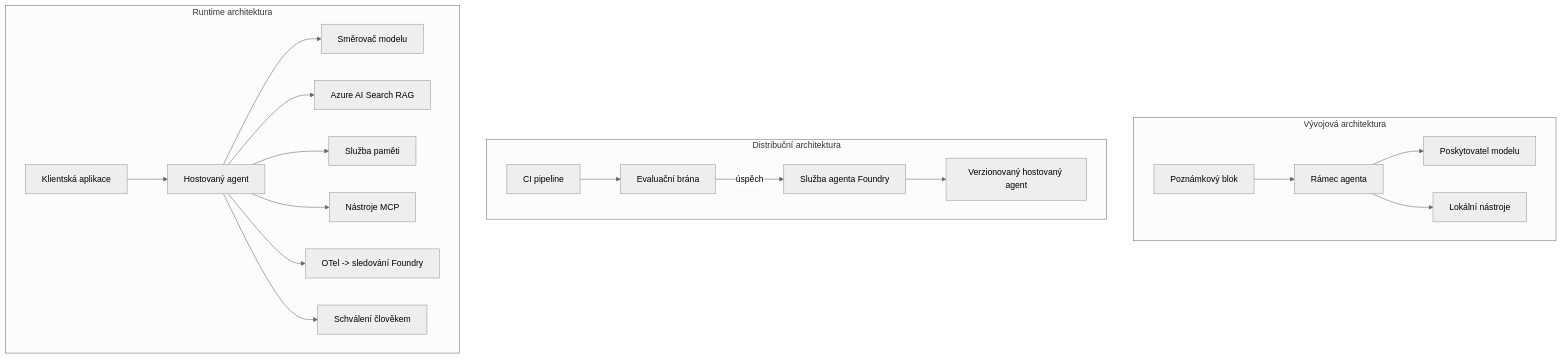
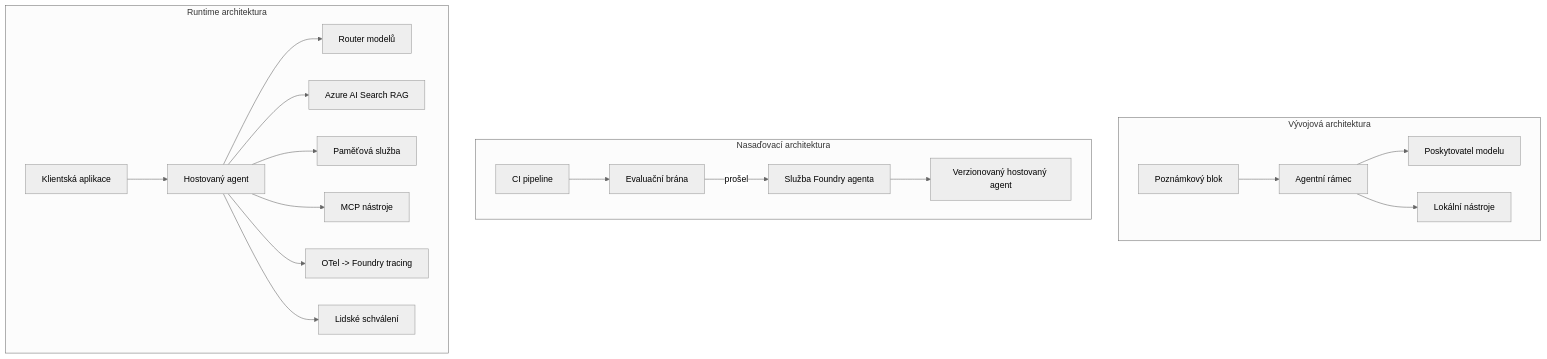
Before and after one commit to gabrielmoreira/agent-skills-mirror: the fourth of 4 diagrams in mirrors/repos/microsoft@ai-agents-for-beginners/translations/cs/16-deploying-scalable-agents/README.md, drawn with Mermaid (neutral theme). The commit also changed other lines of this file and 4262 other files, not shown here.

````diff
--- a/mirrors/repos/microsoft@ai-agents-for-beginners/translations/cs/16-deploying-scalable-agents/README.md
+++ b/mirrors/repos/microsoft@ai-agents-for-beginners/translations/cs/16-deploying-scalable-agents/README.md
@@ -185,22 +185,22 @@
 ```mermaid
 flowchart TB
     subgraph Dev[Vývojová architektura]
-        D1[Poznámkový blok] --> D2[Rámec agenta]
+        D1[Poznámkový blok] --> D2[Agentní rámec]
         D2 --> D3[Poskytovatel modelu]
         D2 --> D4[Lokální nástroje]
     end
-    subgraph Deploy[Distribuční architektura]
+    subgraph Deploy[Nasaďovací architektura]
         E1[CI pipeline] --> E2[Evaluační brána]
-        E2 -->|úspěch| E3[Služba agenta Foundry]
+        E2 -->|prošel| E3[Služba Foundry agenta]
         E3 --> E4[Verzionovaný hostovaný agent]
     end
     subgraph Run[Runtime architektura]
         F1[Klientská aplikace] --> F2[Hostovaný agent]
-        F2 --> F3[Směrovač modelu]
+        F2 --> F3[Router modelů]
         F2 --> F4[Azure AI Search RAG]
-        F2 --> F5[Služba paměti]
-        F2 --> F6[Nástroje MCP]
-        F2 --> F7[OTel -> sledování Foundry]
-        F2 --> F8[Schválení člověkem]
+        F2 --> F5[Paměťová služba]
+        F2 --> F6[MCP nástroje]
+        F2 --> F7[OTel -> Foundry tracing]
+        F2 --> F8[Lidské schválení]
     end
 ```
````
